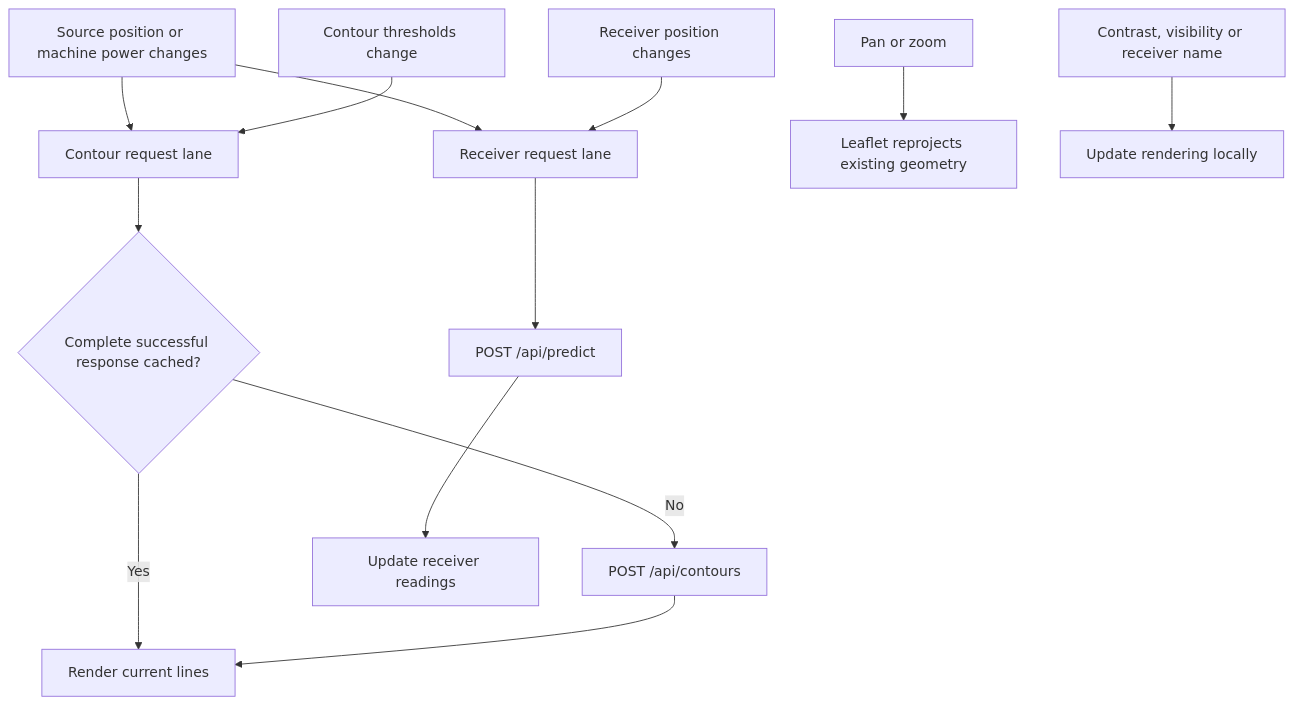
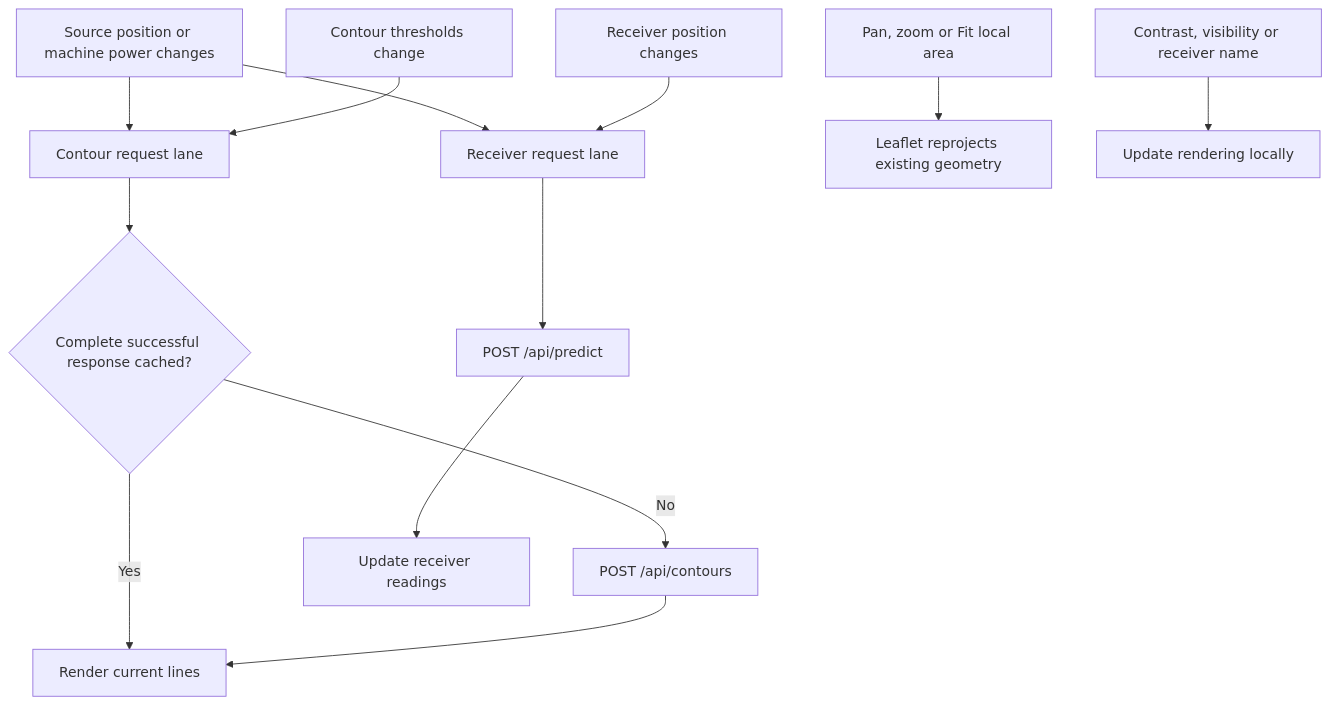
The second of 3 diagrams in ARCHITECURE.md (Jakespitteler/Sound-Model), drawn with Mermaid before and after one commit. The commit also changed other lines of this file and 10 other files, not shown here.

Commit message:
feat: fit the map to a selected local group

````diff
--- a/ARCHITECURE.md
+++ b/ARCHITECURE.md
@@ -42,15 +42,15 @@
 ```mermaid
 flowchart TD
     Source[Source position or machine power changes] --> R[Receiver request lane]
     Source --> G[Contour request lane]
     Receiver[Receiver position changes] --> R
     Levels[Contour thresholds change] --> G
     G --> Cache{Complete successful response cached?}
     Cache -->|Yes| Lines[Render current lines]
     Cache -->|No| Contours[POST /api/contours]
     Contours --> Lines
     R --> Predict[POST /api/predict]
     Predict --> Numbers[Update receiver readings]
-    Camera[Pan or zoom] --> Reproject[Leaflet reprojects existing geometry]
+    Camera[Pan, zoom or Fit local area] --> Reproject[Leaflet reprojects existing geometry]
     Style[Contrast, visibility or receiver name] --> Local[Update rendering locally]
 ```
````
